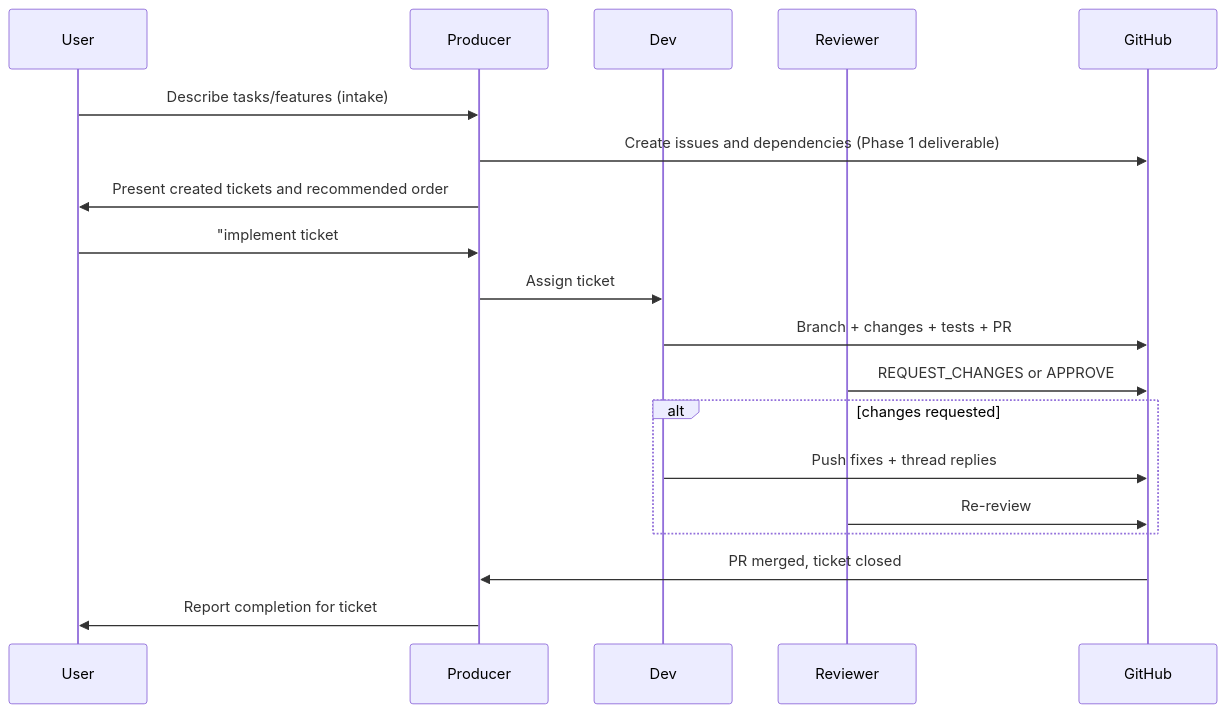
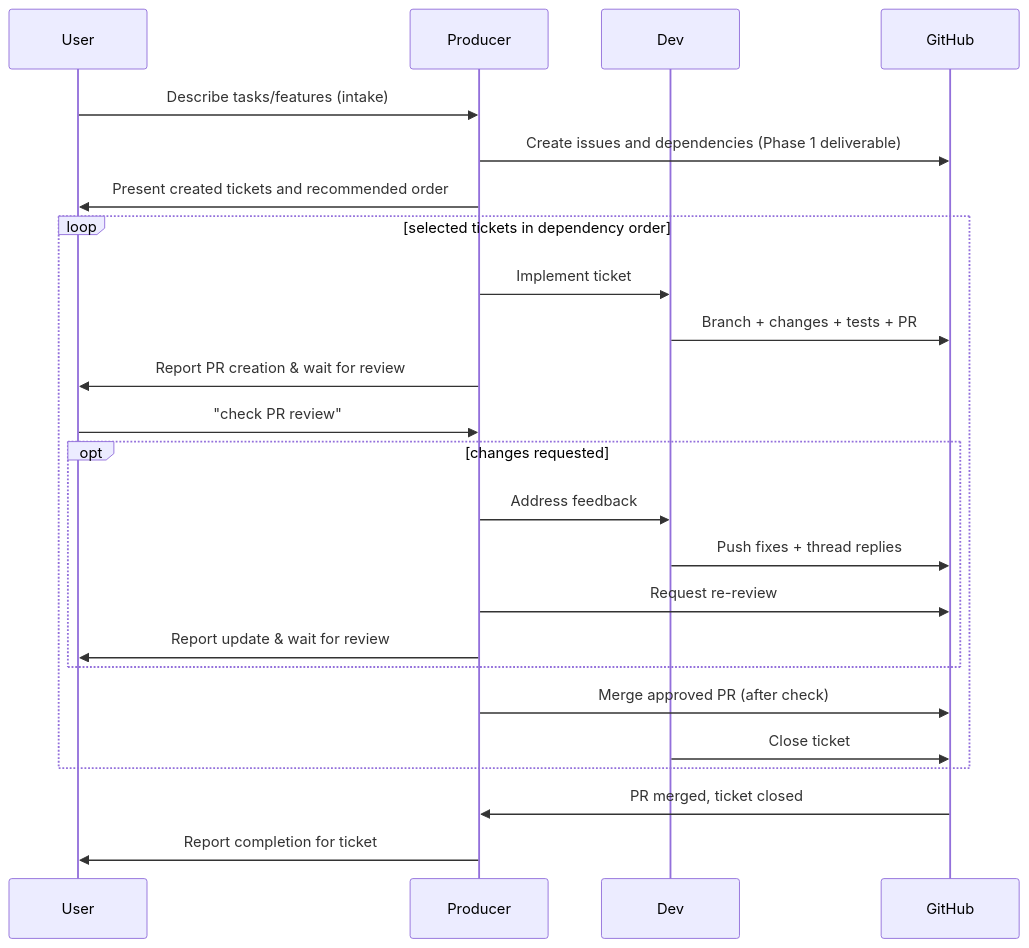
One commit to gersseba/garden changed the diagram in .github/skills/ticket-workflow/SKILL.md. Above: the diagram before and after it, drawn with Mermaid. The commit also changed other lines of this file and 5 other files, not shown here.

Commit message:
fix: update documentation to reflect GitHub review terminology

````diff
--- a/.github/skills/ticket-workflow/SKILL.md
+++ b/.github/skills/ticket-workflow/SKILL.md
@@ -20,25 +19,32 @@
 ```mermaid
 sequenceDiagram
     participant User
     participant Producer
     participant Dev
-    participant Reviewer
     participant GitHub
 
     User->>Producer: Describe tasks/features (intake)
     Producer->>GitHub: Create issues and dependencies (Phase 1 deliverable)
     Producer->>User: Present created tickets and recommended order
 
-    User->>Producer: "implement ticket #N"
-    Producer->>Dev: Assign ticket #N for implementation (Phase 2 start)
-    Dev->>GitHub: Branch + changes + tests + PR
-    Reviewer->>GitHub: REQUEST_CHANGES or APPROVE
+    loop selected tickets in dependency order
+      Producer->>Dev: Implement ticket #{N}
+      Dev->>GitHub: Branch + changes + tests + PR
+      Producer->>User: Report PR creation & wait for review
+      
+      User->>Producer: "check PR review"
+      
+      opt changes requested
+        Producer->>Dev: Address feedback
+        Dev->>GitHub: Push fixes + thread replies
+        Producer->>GitHub: Request re-review
+        Producer->>User: Report update & wait for review
+      end
 
-    alt changes requested
-      Dev->>GitHub: Push fixes + thread replies
-      Reviewer->>GitHub: Re-review
+      Producer->>GitHub: Merge approved PR (after check)
+      Dev->>GitHub: Close ticket
     end
 
     GitHub->>Producer: PR merged, ticket closed
     Producer->>User: Report completion for ticket #N
 ```
````
